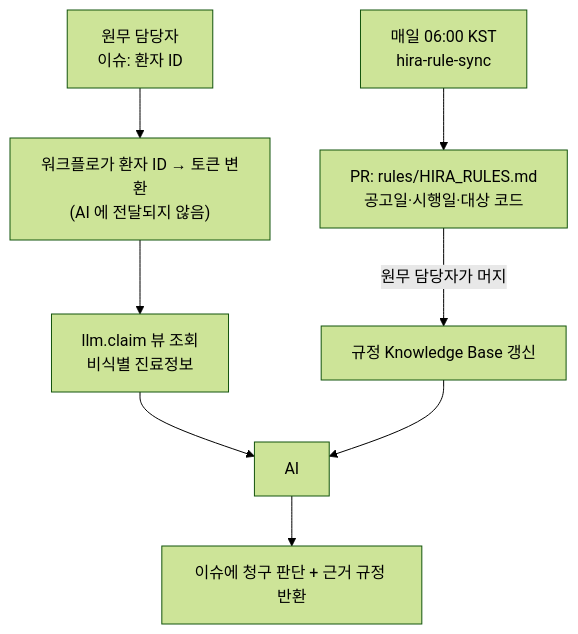
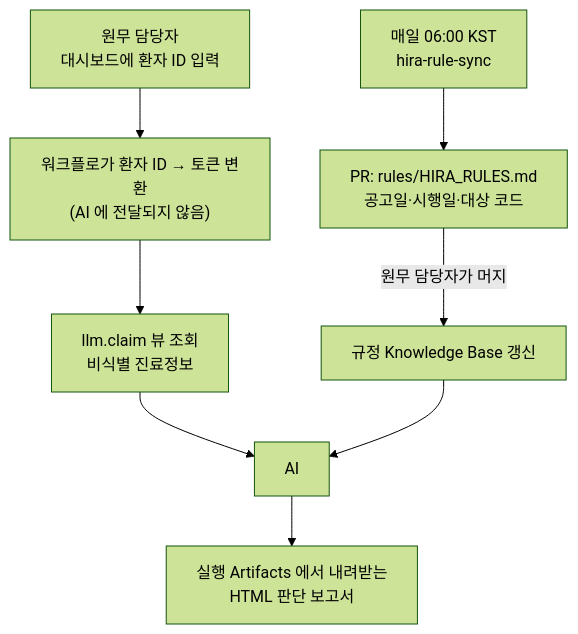
One commit to t-hajongkim/hira-billing-copilot changed the diagram in README.md. Above: the diagram before and after it, drawn with Mermaid (forest theme). The commit also changed other lines of this file and 8 other files, not shown here.

````diff
--- a/README.md
+++ b/README.md
@@ -11,10 +11,10 @@
 ```mermaid
 flowchart TD
     A["매일 06:00 KST<br/>hira-rule-sync"] --> B["PR: rules/HIRA_RULES.md<br/>공고일·시행일·대상 코드"]
     B -->|원무 담당자가 머지| C["규정 Knowledge Base 갱신"]
-    D["원무 담당자<br/>이슈: 환자 ID"] --> E["워크플로가 환자 ID → 토큰 변환<br/>(AI 에 전달되지 않음)"]
+    D["원무 담당자<br/>대시보드에 환자 ID 입력"] --> E["워크플로가 환자 ID → 토큰 변환<br/>(AI 에 전달되지 않음)"]
     E --> F["llm.claim 뷰 조회<br/>비식별 진료정보"]
     F --> G["AI"]
     C --> G
-    G --> H["이슈에 청구 판단 + 근거 규정 반환"]
+    G --> H["실행 Artifacts 에서 내려받는<br/>HTML 판단 보고서"]
 ```
````
